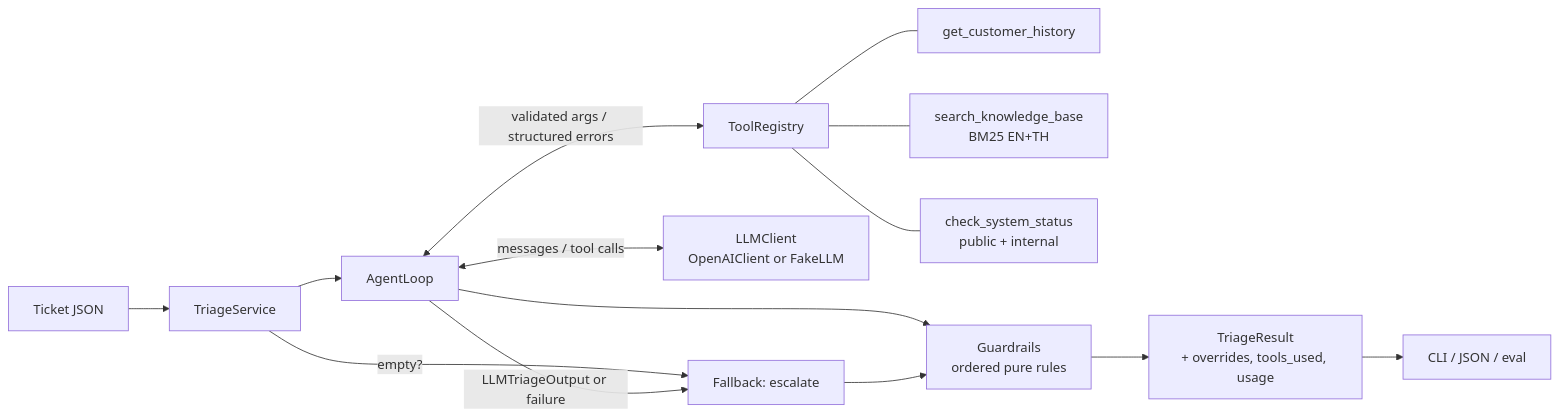
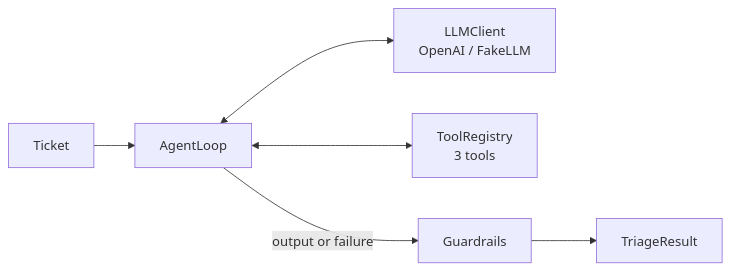
Before and after one commit to Settaawut/AI_Support_Ticket_Agent_Ten: the diagram in README.md, drawn with Mermaid. The commit also changed other lines of this file, not shown here.

````diff
--- a/README.md
+++ b/README.md
@@ -132,16 +65,8 @@
 ```mermaid
 flowchart LR
-    T[Ticket JSON] --> S[TriageService]
-    S -->|empty?| F[Fallback: escalate]
-    S --> L[AgentLoop]
-    L <-->|messages / tool calls| M[LLMClient<br/>OpenAIClient or FakeLLM]
-    L <-->|validated args / structured errors| R[ToolRegistry]
-    R --- T1[get_customer_history]
-    R --- T2[search_knowledge_base<br/>BM25 EN+TH]
-    R --- T3[check_system_status<br/>public + internal]
-    L -->|LLMTriageOutput or failure| F
-    L --> G[Guardrails<br/>ordered pure rules]
-    F --> G
-    G --> O[TriageResult<br/>+ overrides, tools_used, usage]
-    O --> C[CLI / JSON / eval]
+    T[Ticket] --> L[AgentLoop]
+    L <--> M[LLMClient<br/>OpenAI / FakeLLM]
+    L <--> R[ToolRegistry<br/>3 tools]
+    L -->|output or failure| G[Guardrails]
+    G --> O[TriageResult]
 ```
````
